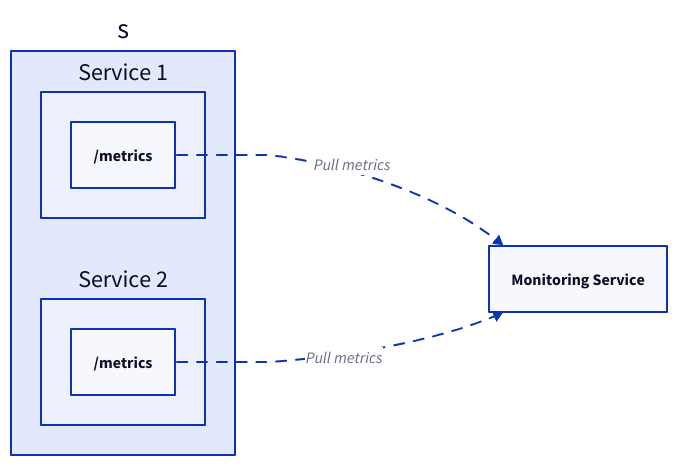
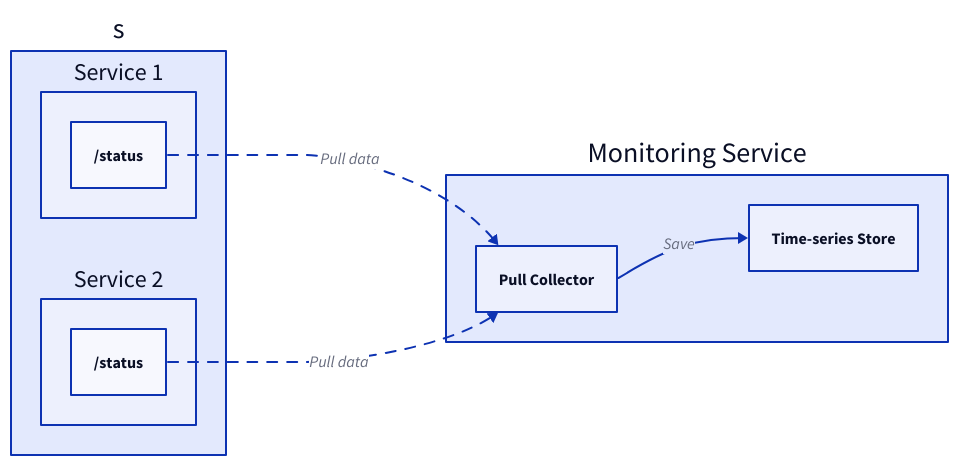
Before and after one commit to link1905/system-design-101: the fifth of 14 diagrams in content/docs/system-administration/system-monitoring/_index.md, drawn with D2. The commit also changed other lines of this file and 12 other files, not shown here.

````diff
--- a/content/docs/system-administration/system-monitoring/_index.md
+++ b/content/docs/system-administration/system-monitoring/_index.md
@@ -84,21 +311,31 @@
-```d2
-direction: right
-s {
-  class: none
-  s1: Service 1 {
-    i: "/metrics"
+  ```d2
+  direction: right
+
+  s {
+    class: none
+    s1: Service 1 {
+      i: "/status"
+    }
+    s2: Service 2 {
+      i: "/status"
+    }
   }
-  s2: Service 2 {
-    i: "/metrics"
+
+  m: Monitoring Service {
+      c: Pull Collector {
+        class: monitor
+      }
+      db: Time-series Store {
+        class: db
+      }
+      c -> db: Save
   }
-}
-m: Monitoring Service {
-    class: monitor
-}
-s.s1.i -> m: Pull metrics {
-  style.animated: true
-}
-s.s2.i -> m: Pull metrics {
-  style.animated: true
-}
-```
+
+  s.s1.i -> m.c: Pull data {
+    style.animated: true
+  }
+
+  s.s2.i -> m.c: Pull data {
+    style.animated: true
+  }
+  ```
````
